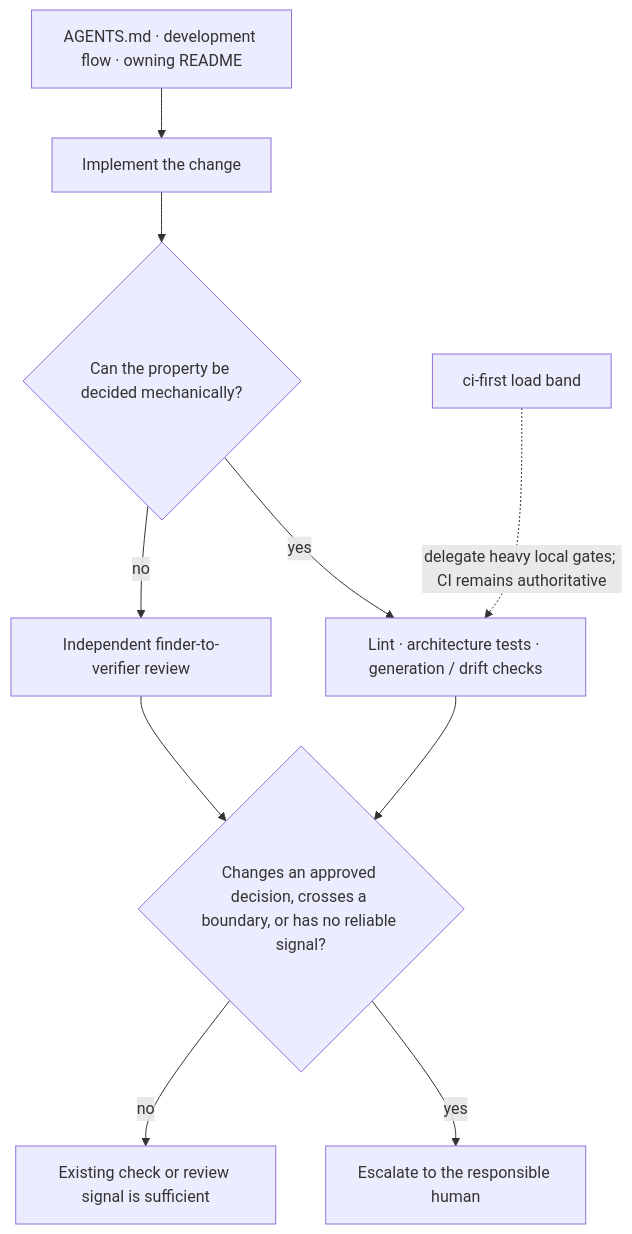
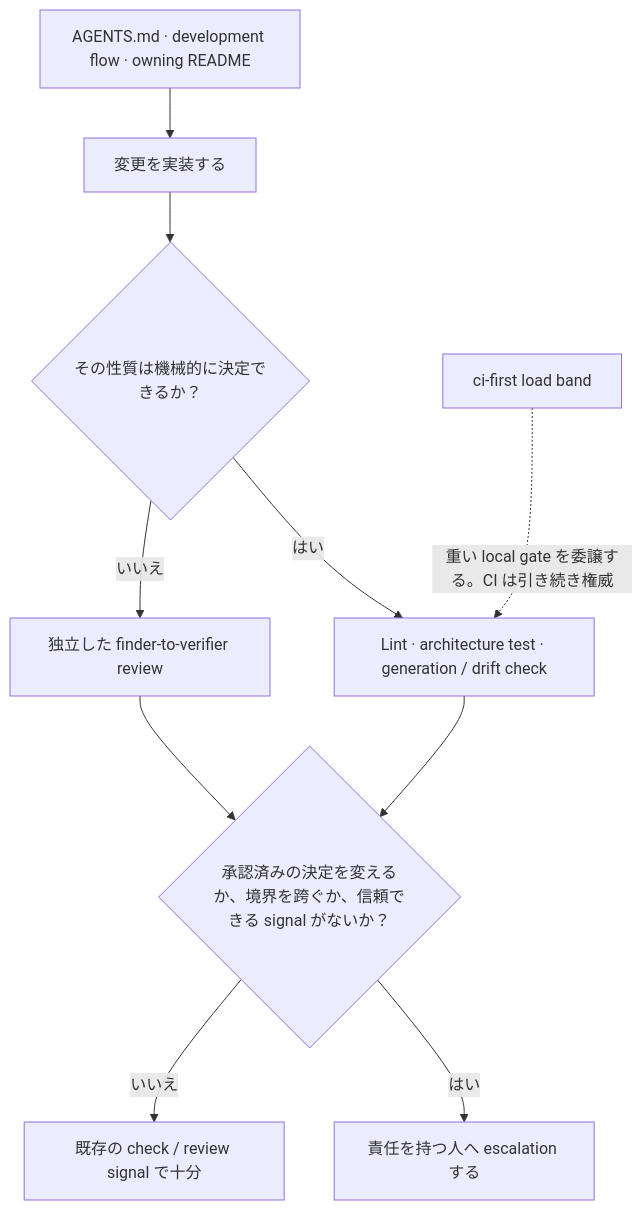
Before and after one commit to Tomy-ch/go-boilerplate: the first of 2 diagrams in docs/design/agent-environment.md, drawn with Mermaid. The commit also changed other lines of this file and 970 other files, not shown here.

````diff
--- a/docs/design/agent-environment.md
+++ b/docs/design/agent-environment.md
@@ -5,12 +5,12 @@
 ```mermaid
 flowchart TD
-    A["AGENTS.md · development flow · owning README"] --> B["Implement the change"]
-    B --> C{"Can the property be decided mechanically?"}
-    C -->|yes| D["Lint · architecture tests · generation / drift checks"]
-    C -->|no| E["Independent finder-to-verifier review"]
-    D --> F{"Changes an approved decision, crosses a boundary, or has no reliable signal?"}
+    A["AGENTS.md · development flow · owning README"] --> B["変更を実装する"]
+    B --> C{"その性質は機械的に決定できるか？"}
+    C -->|はい| D["Lint · architecture test · generation / drift check"]
+    C -->|いいえ| E["独立した finder-to-verifier review"]
+    D --> F{"承認済みの決定を変えるか、境界を跨ぐか、信頼できる signal がないか？"}
     E --> F
-    F -->|yes| G["Escalate to the responsible human"]
-    F -->|no| H["Existing check or review signal is sufficient"]
-    I["ci-first load band"] -. "delegate heavy local gates; CI remains authoritative" .-> D
+    F -->|はい| G["責任を持つ人へ escalation する"]
+    F -->|いいえ| H["既存の check / review signal で十分"]
+    I["ci-first load band"] -. "重い local gate を委譲する。CI は引き続き権威" .-> D
 ```
````
